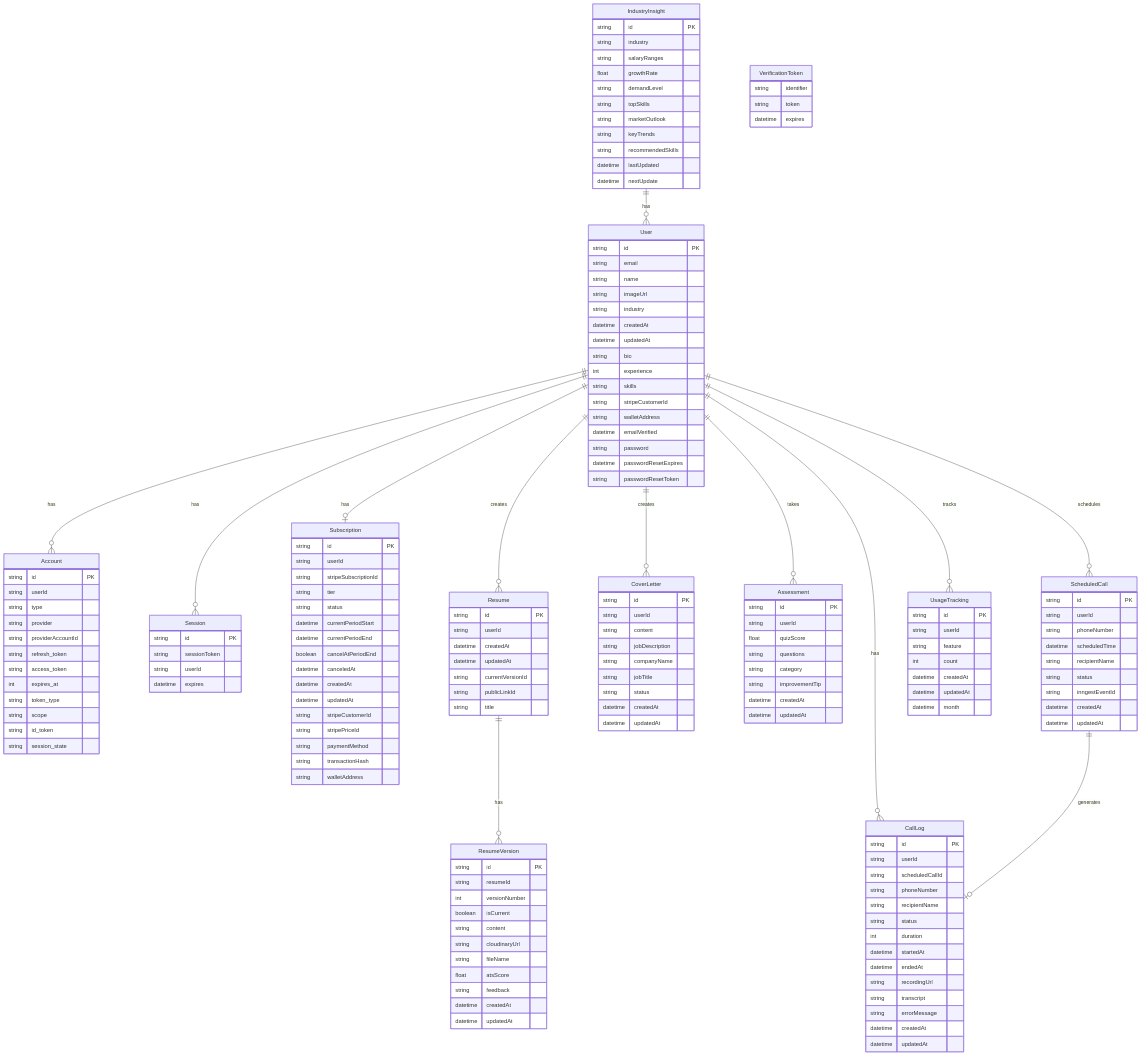
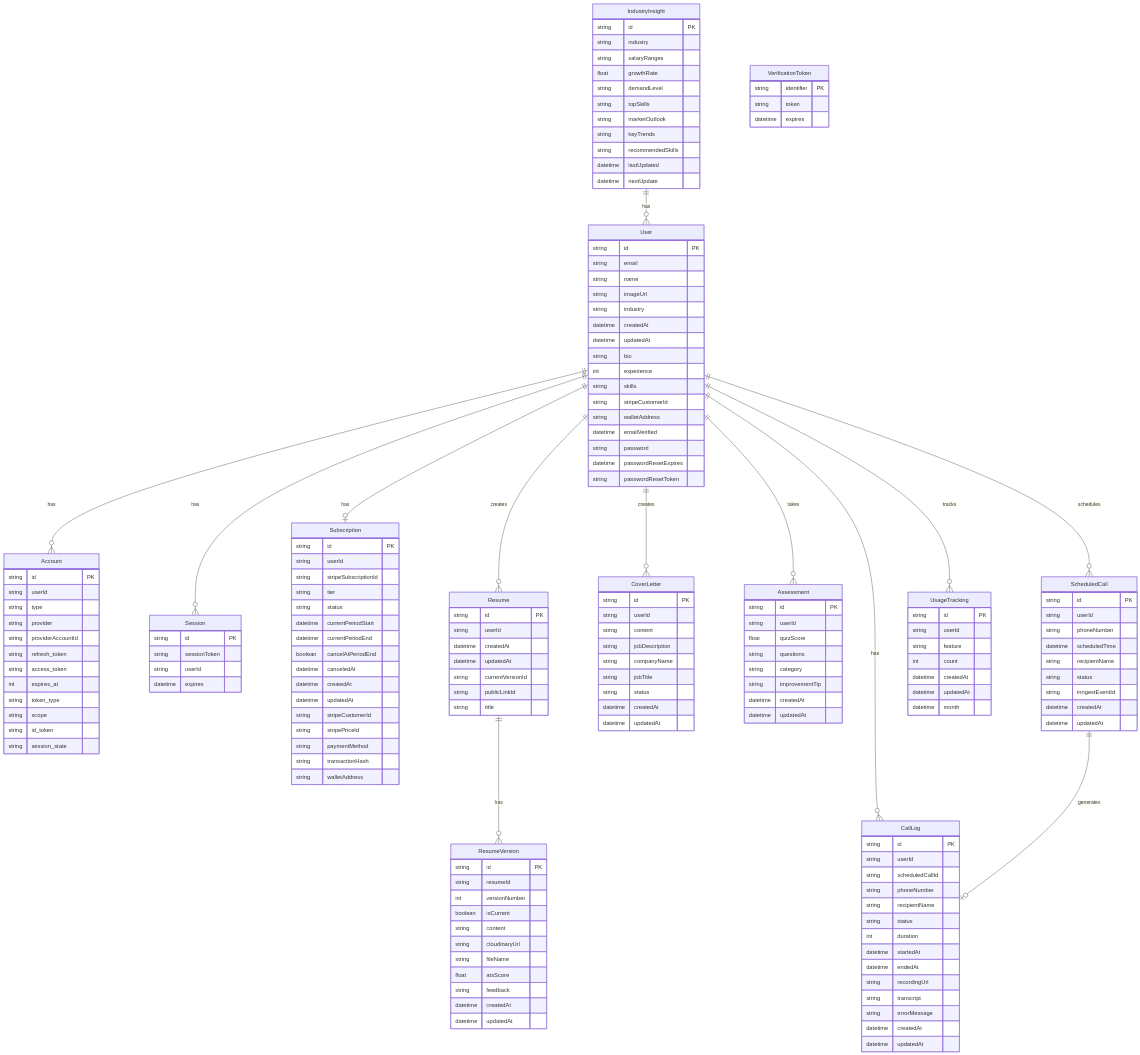
Before and after one commit to nishantharkut/Team-Potato-Coders: the diagram in README.md, drawn with Mermaid. The commit also changed other lines of this file, not shown here.

Commit message:
readme 3 mermaid

```diff
--- a/README.md
+++ b/README.md
@@ -206,7 +212,7 @@
     }
     
     VerificationToken {
-        string identifier
+        string identifier PK
         string token
         datetime expires
     }
```
